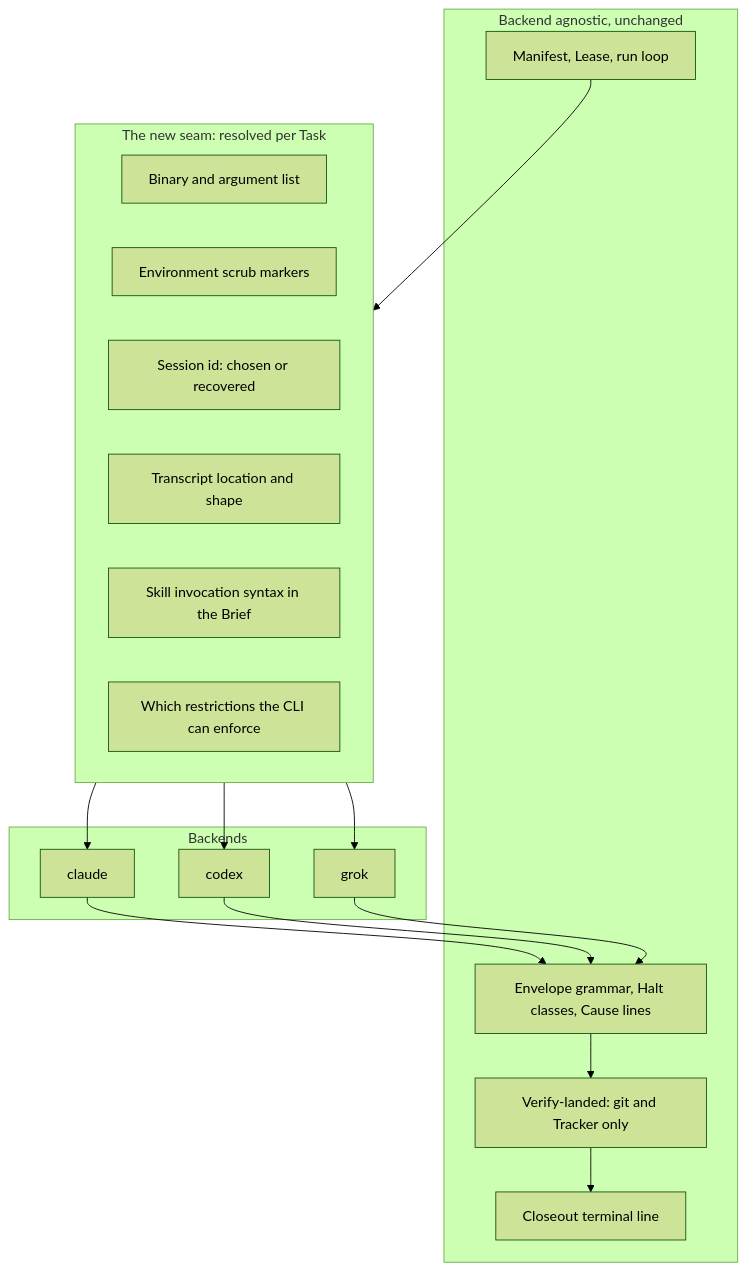
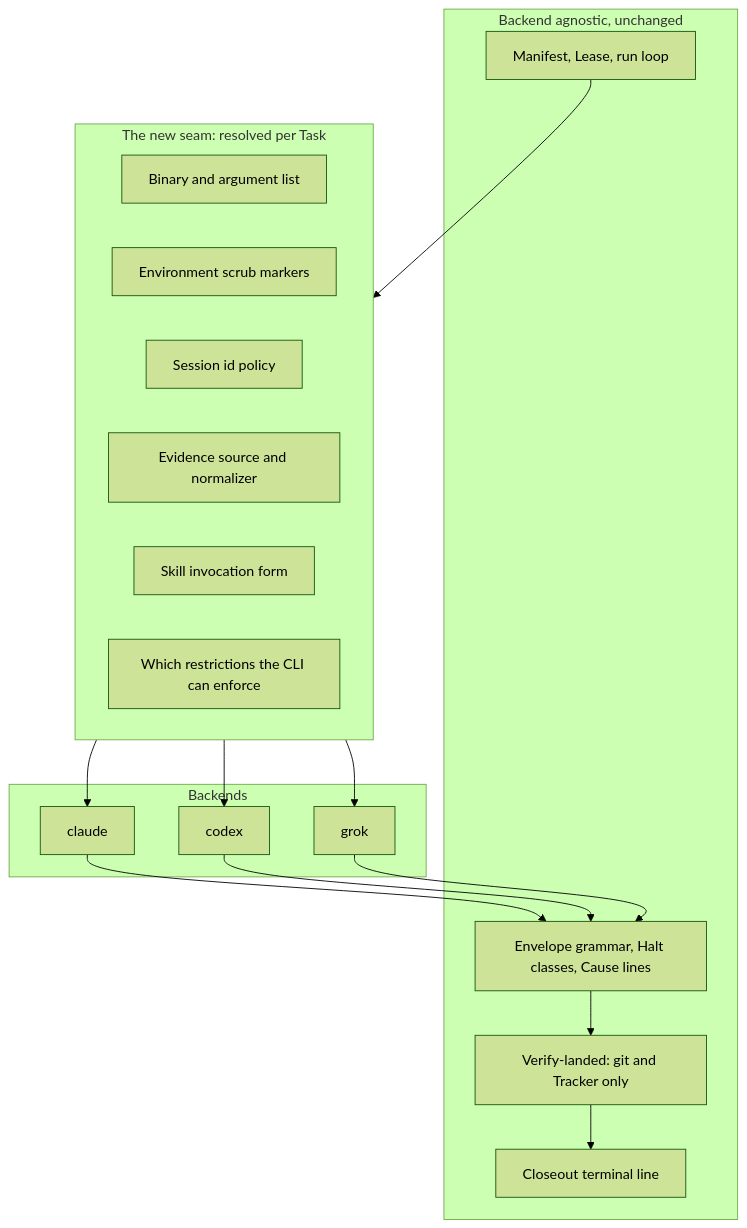
Before and after one commit to philgutowski/relay: the first of 3 diagrams in docs/plans/2026-08-28-1101-feat-pluggable-cli-backends-plan.md, drawn with Mermaid (forest theme). The commit also changed other lines of this file, not shown here.

````diff
--- a/docs/plans/2026-08-28-1101-feat-pluggable-cli-backends-plan.md
+++ b/docs/plans/2026-08-28-1101-feat-pluggable-cli-backends-plan.md
@@ -48,31 +62,31 @@
 ```mermaid
 flowchart TB
   subgraph agnostic["Backend agnostic, unchanged"]
     M["Manifest, Lease, run loop"]
     V["Verify-landed: git and Tracker only"]
     C["Envelope grammar, Halt classes, Cause lines"]
     T["Closeout terminal line"]
   end
   subgraph seam["The new seam: resolved per Task"]
     B["Binary and argument list"]
     E["Environment scrub markers"]
-    S["Session id: chosen or recovered"]
-    X["Transcript location and shape"]
-    K["Skill invocation syntax in the Brief"]
+    S["Session id policy"]
+    X["Evidence source and normalizer"]
+    K["Skill invocation form"]
     P["Which restrictions the CLI can enforce"]
   end
   subgraph backends["Backends"]
     CL["claude"]
     CX["codex"]
     GR["grok"]
   end
   M --> seam
   seam --> CL
   seam --> CX
   seam --> GR
   CL --> C
   CX --> C
   GR --> C
   C --> V
   V --> T
 ```
````
